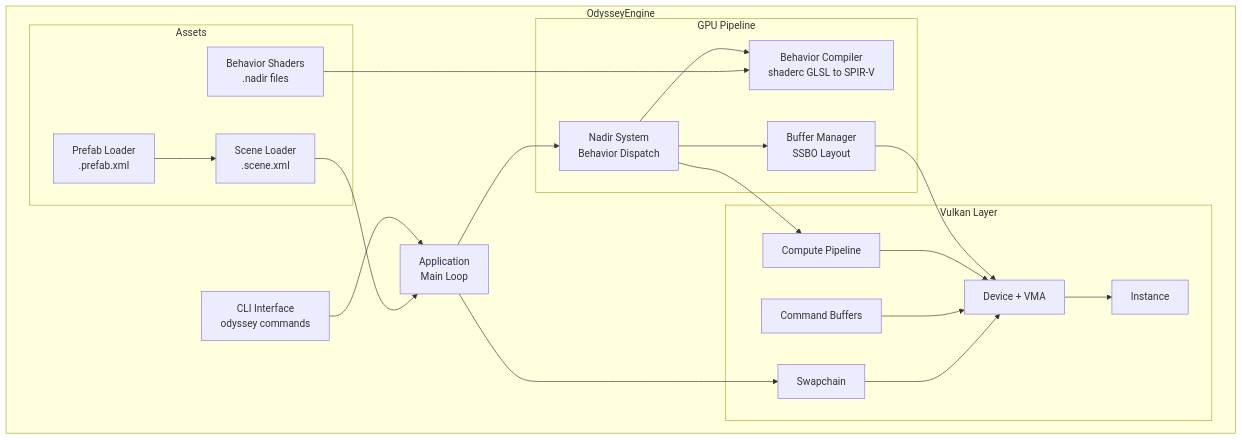
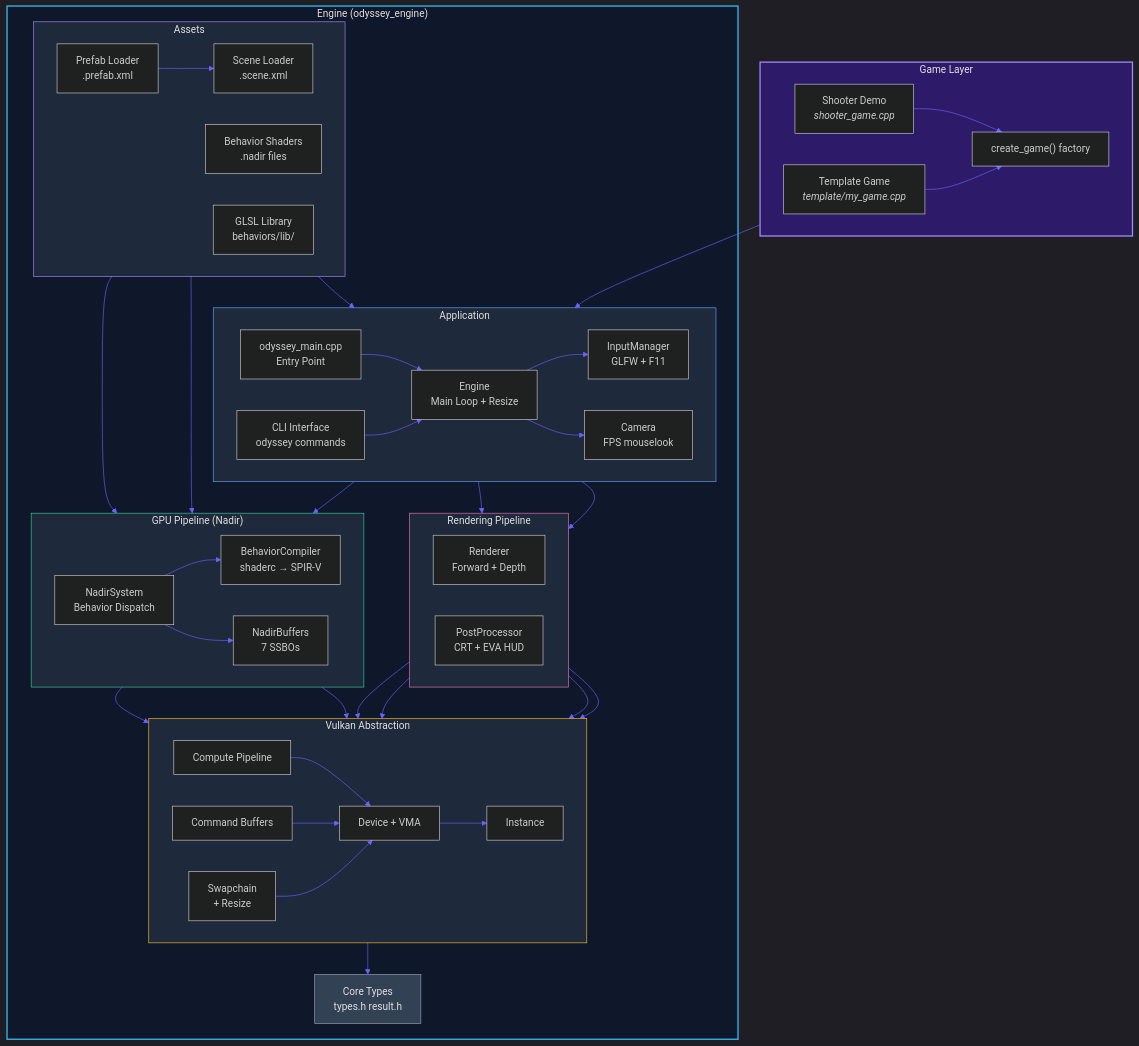
The diagram in docs/diagrams/architecture.mermaid (Theoya/OdysseyEngine), drawn with Mermaid before and after one commit. The commit also changed 71 other files, not shown here.

Commit message:
adding meshes and rendering, along with a 3d shooter example

```diff
--- a/docs/diagrams/architecture.mermaid
+++ b/docs/diagrams/architecture.mermaid
@@ -1,40 +1,94 @@
+%%{init: {'theme': 'dark', 'themeVariables': {'primaryColor': '#1a1a2e', 'primaryTextColor': '#e0e0e0', 'primaryBorderColor': '#6c63ff', 'lineColor': '#6c63ff', 'secondaryColor': '#16213e', 'tertiaryColor': '#0f3460'}}}%%
 graph TB
-    subgraph "OdysseyEngine"
-        CLI[CLI Interface<br/>odyssey commands]
-        APP[Application<br/>Main Loop]
+    subgraph GAME["Game Layer"]
+        direction LR
+        SHOOTER["Shooter Demo<br/><i>shooter_game.cpp</i>"]
+        TEMPLATE["Template Game<br/><i>template/my_game.cpp</i>"]
+        FACTORY["create_game() factory"]
+    end
 
-        subgraph "GPU Pipeline"
-            NADIR[Nadir System<br/>Behavior Dispatch]
-            COMPILER[Behavior Compiler<br/>shaderc GLSL to SPIR-V]
-            BUFFERS[Buffer Manager<br/>SSBO Layout]
+    subgraph ENGINE["Engine (odyssey_engine)"]
+        subgraph APP["Application"]
+            direction LR
+            CLI["CLI Interface<br/>odyssey commands"]
+            ENG["Engine<br/>Main Loop + Resize"]
+            MAIN["odyssey_main.cpp<br/>Entry Point"]
+            INPUT["InputManager<br/>GLFW + F11"]
+            CAM["Camera<br/>FPS mouselook"]
         end
 
-        subgraph "Vulkan Layer"
-            INST[Instance]
-            DEV[Device + VMA]
-            SWAP[Swapchain]
-            PIPE[Compute Pipeline]
-            CMD[Command Buffers]
+        subgraph RENDER["Rendering Pipeline"]
+            direction LR
+            REND["Renderer<br/>Forward + Depth"]
+            POST["PostProcessor<br/>CRT + EVA HUD"]
         end
 
-        subgraph "Assets"
-            SCENES[Scene Loader<br/>.scene.xml]
-            PREFABS[Prefab Loader<br/>.prefab.xml]
-            SHADERS[Behavior Shaders<br/>.nadir files]
+        subgraph GPU["GPU Pipeline (Nadir)"]
+            direction LR
+            NADIR["NadirSystem<br/>Behavior Dispatch"]
+            COMPILER["BehaviorCompiler<br/>shaderc → SPIR-V"]
+            BUFFERS["NadirBuffers<br/>7 SSBOs"]
         end
+
+        subgraph VK["Vulkan Abstraction"]
+            direction LR
+            INST["Instance"]
+            DEV["Device + VMA"]
+            SWAP["Swapchain<br/>+ Resize"]
+            PIPE["Compute Pipeline"]
+            CMD["Command Buffers"]
+        end
+
+        subgraph ASSETS["Assets"]
+            direction LR
+            SCENES["Scene Loader<br/>.scene.xml"]
+            PREFABS["Prefab Loader<br/>.prefab.xml"]
+            SHADERS["Behavior Shaders<br/>.nadir files"]
+            GLSLLIB["GLSL Library<br/>behaviors/lib/"]
+        end
+
+        CORE["Core Types<br/>types.h  result.h"]
     end
 
-    CLI --> APP
-    APP --> NADIR
+    SHOOTER --> FACTORY
+    TEMPLATE --> FACTORY
+    FACTORY --> MAIN
+    MAIN --> ENG
+    CLI --> ENG
+
+    ENG --> NADIR
+    ENG --> REND
+    ENG --> POST
+    ENG --> INPUT
+    ENG --> CAM
+
     NADIR --> COMPILER
     NADIR --> BUFFERS
     NADIR --> PIPE
+
+    REND --> DEV
+    POST --> DEV
+    REND --> SWAP
+    POST --> SWAP
+
     BUFFERS --> DEV
     PIPE --> DEV
     CMD --> DEV
-    APP --> SWAP
     SWAP --> DEV
     DEV --> INST
-    SCENES --> APP
+
+    SCENES --> ENG
     PREFABS --> SCENES
     SHADERS --> COMPILER
+    GLSLLIB --> COMPILER
+
+    VK --> CORE
+
+    style GAME fill:#2d1b69,stroke:#a78bfa,stroke-width:2px,color:#e0e0e0
+    style ENGINE fill:#0f172a,stroke:#38bdf8,stroke-width:2px,color:#e0e0e0
+    style APP fill:#1e293b,stroke:#60a5fa,stroke-width:1px,color:#e0e0e0
+    style RENDER fill:#1e293b,stroke:#f472b6,stroke-width:1px,color:#e0e0e0
+    style GPU fill:#1e293b,stroke:#34d399,stroke-width:1px,color:#e0e0e0
+    style VK fill:#1e293b,stroke:#fbbf24,stroke-width:1px,color:#e0e0e0
+    style ASSETS fill:#1e293b,stroke:#a78bfa,stroke-width:1px,color:#e0e0e0
+    style CORE fill:#334155,stroke:#94a3b8,stroke-width:1px,color:#e0e0e0
```
